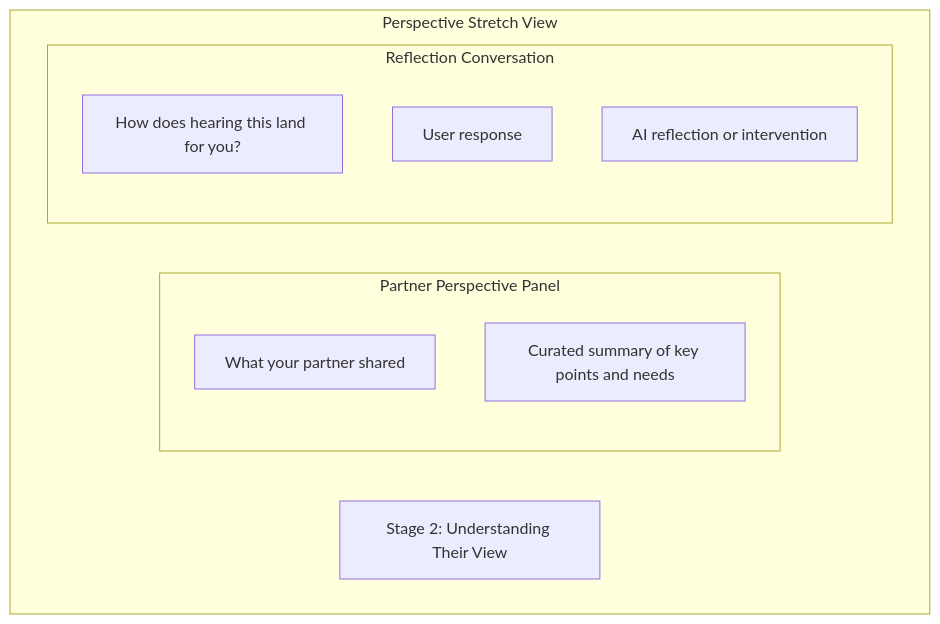
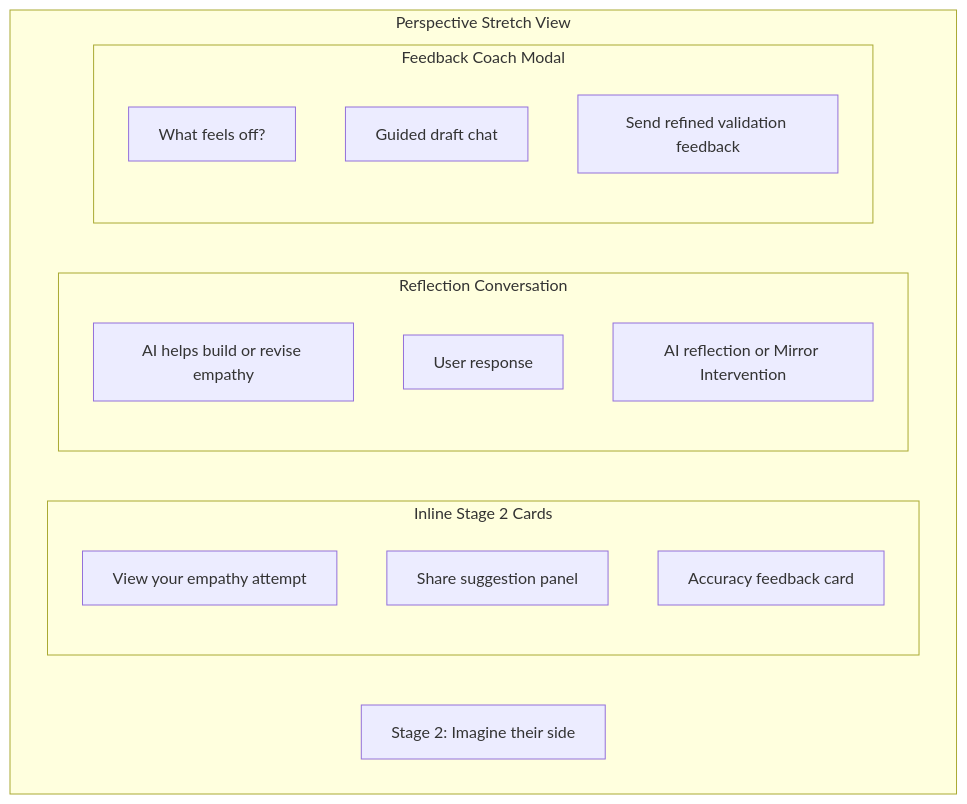
One commit to shantamg/meet-without-fear changed the sixth of 11 diagrams in docs/mobile/wireframes/chat-interface.md. Above: the diagram before and after it, drawn with Mermaid. The commit also changed other lines of this file and 17 other files, not shown here.

Commit message:
address feedback coach review and docs

````diff
--- a/docs/mobile/wireframes/chat-interface.md
+++ b/docs/mobile/wireframes/chat-interface.md
@@ -123,17 +123,24 @@
 ```mermaid
 flowchart TB
     subgraph StretchChat[Perspective Stretch View]
-        Header2[Stage 2: Understanding Their View]
+        Header2[Stage 2: Imagine their side]
 
-        subgraph OtherPerspective[Partner Perspective Panel]
-            PTitle[What your partner shared]
-            PSummary[Curated summary of key points and needs]
+        subgraph StageCards[Inline Stage 2 Cards]
+            Draft[View your empathy attempt]
+            Share[Share suggestion panel]
+            Validate[Accuracy feedback card]
         end
 
         subgraph Chat2[Reflection Conversation]
-            AI21[How does hearing this land for you?]
+            AI21[AI helps build or revise empathy]
             User21[User response]
-            AI22[AI reflection or intervention]
+            AI22[AI reflection or Mirror Intervention]
+        end
+
+        subgraph FeedbackCoach[Feedback Coach Modal]
+            Rough[What feels off?]
+            Coach[Guided draft chat]
+            Send[Send refined validation feedback]
         end
     end
 ```
````
